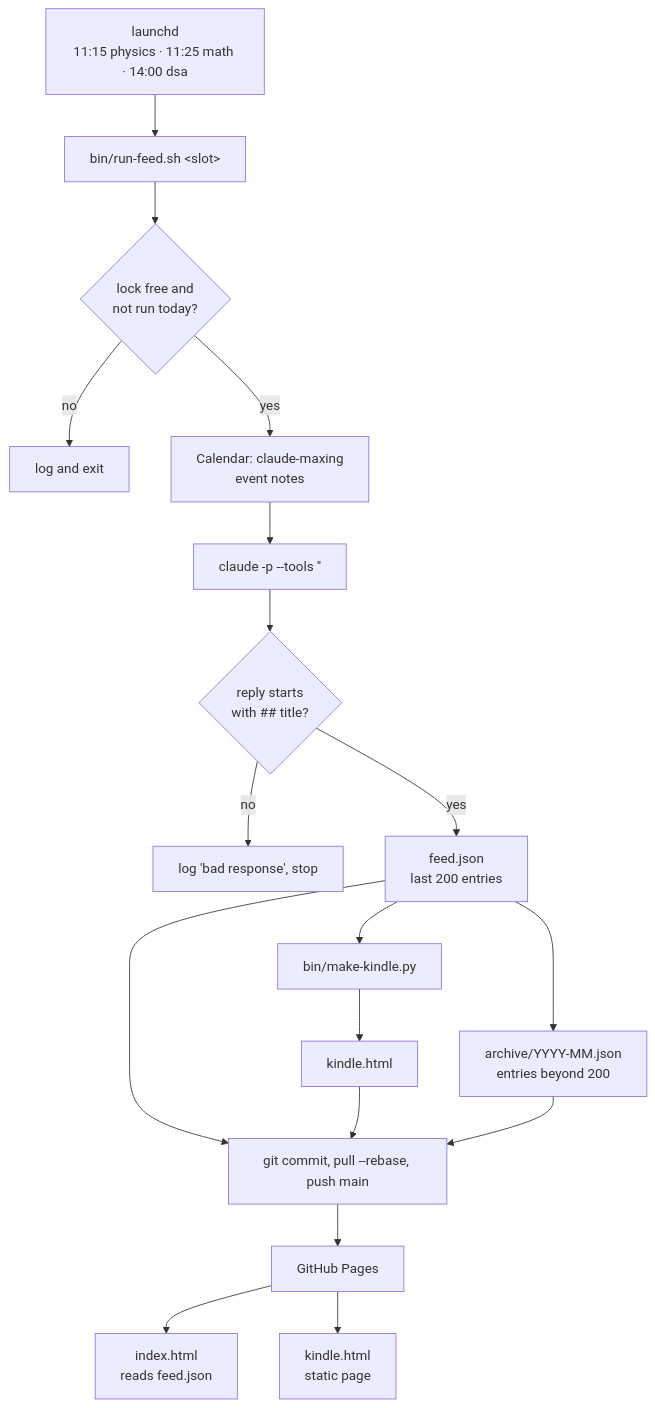
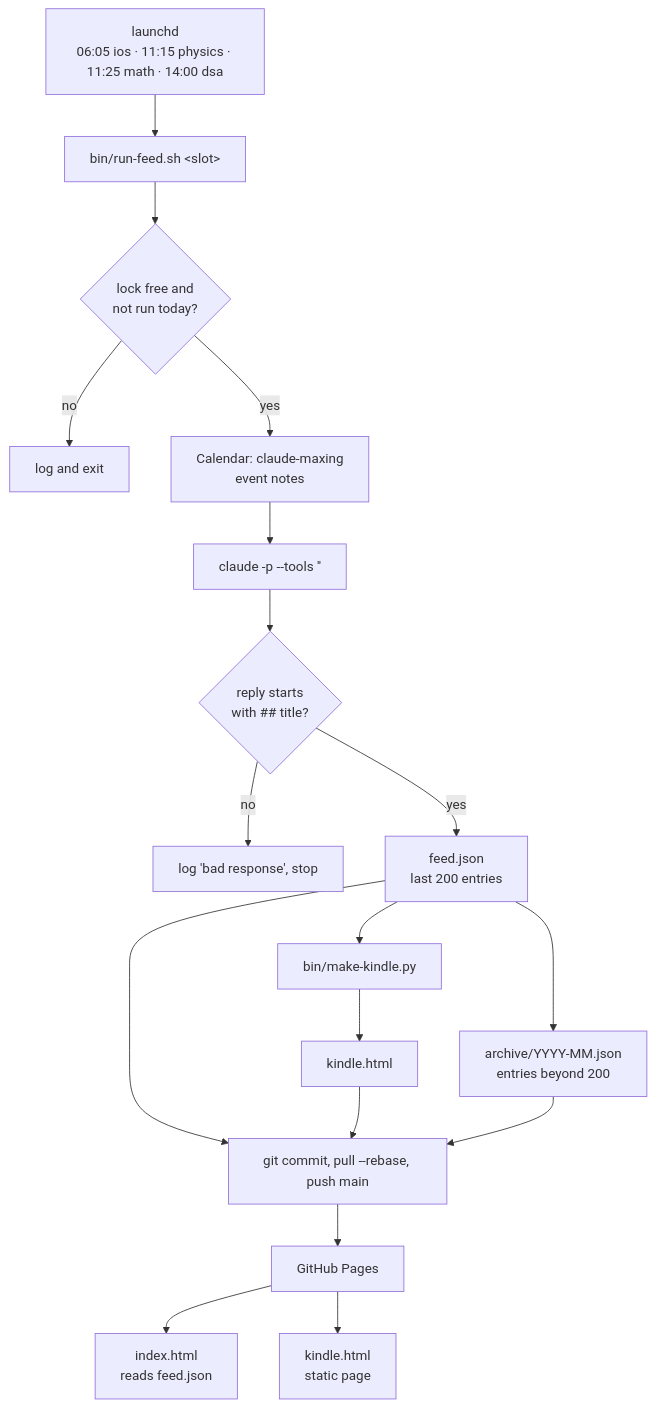
The diagram in README.md (akhileshamle/the-feed), drawn with Mermaid before and after one commit. The commit also changed other lines of this file and 3 other files, not shown here.

Commit message:
Add ios slot (06:05) with its own audience

````diff
--- a/README.md
+++ b/README.md
@@ -17,20 +18,20 @@
 ```mermaid
 flowchart TD
-    L["launchd<br/>11:15 physics · 11:25 math · 14:00 dsa"] --> R["bin/run-feed.sh &lt;slot&gt;"]
+    L["launchd<br/>06:05 ios · 11:15 physics · 11:25 math · 14:00 dsa"] --> R["bin/run-feed.sh &lt;slot&gt;"]
     R --> LK{"lock free and<br/>not run today?"}
     LK -- no --> SK["log and exit"]
     LK -- yes --> C["Calendar: claude-maxing<br/>event notes"]
     C --> CL["claude -p --tools ''"]
     CL --> V{"reply starts<br/>with ## title?"}
     V -- no --> BAD["log 'bad response', stop"]
     V -- yes --> F["feed.json<br/>last 200 entries"]
     F --> A["archive/YYYY-MM.json<br/>entries beyond 200"]
     F --> K["bin/make-kindle.py"]
     K --> KH["kindle.html"]
     F --> G["git commit, pull --rebase, push main"]
     KH --> G
     A --> G
     G --> P["GitHub Pages"]
     P --> I["index.html<br/>reads feed.json"]
     P --> KP["kindle.html<br/>static page"]
 ```
````
